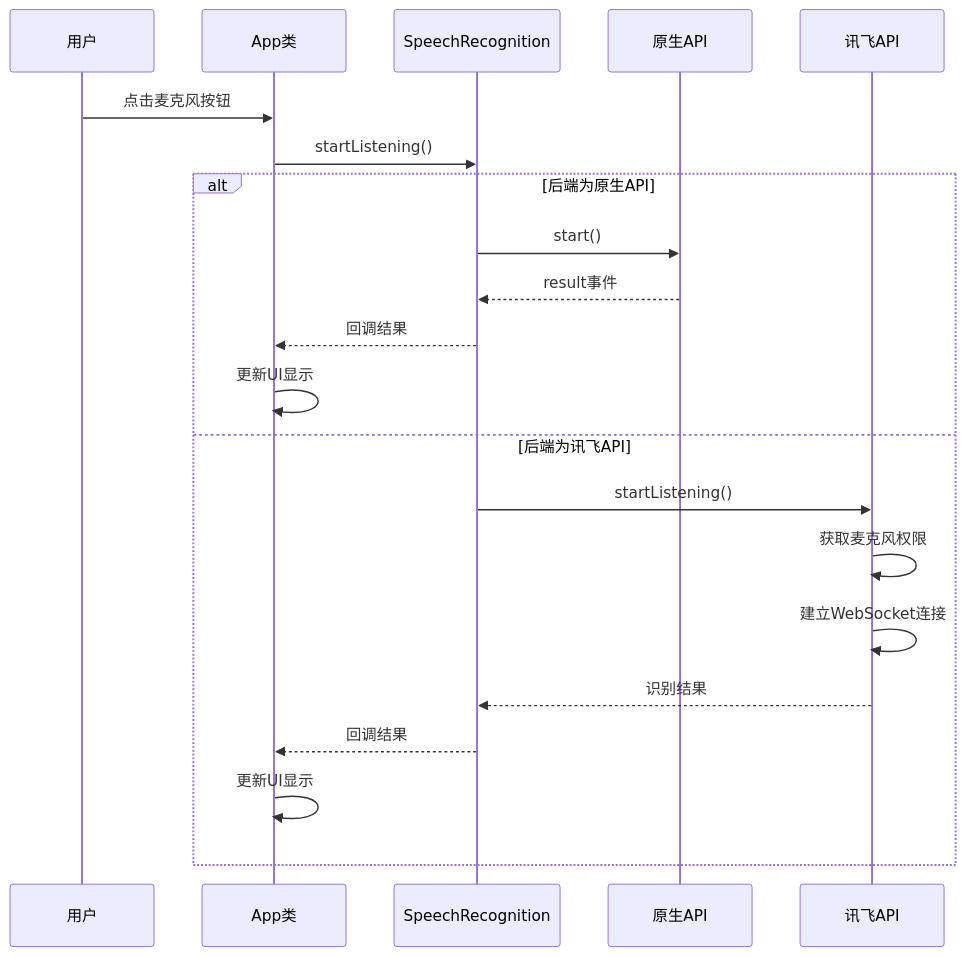
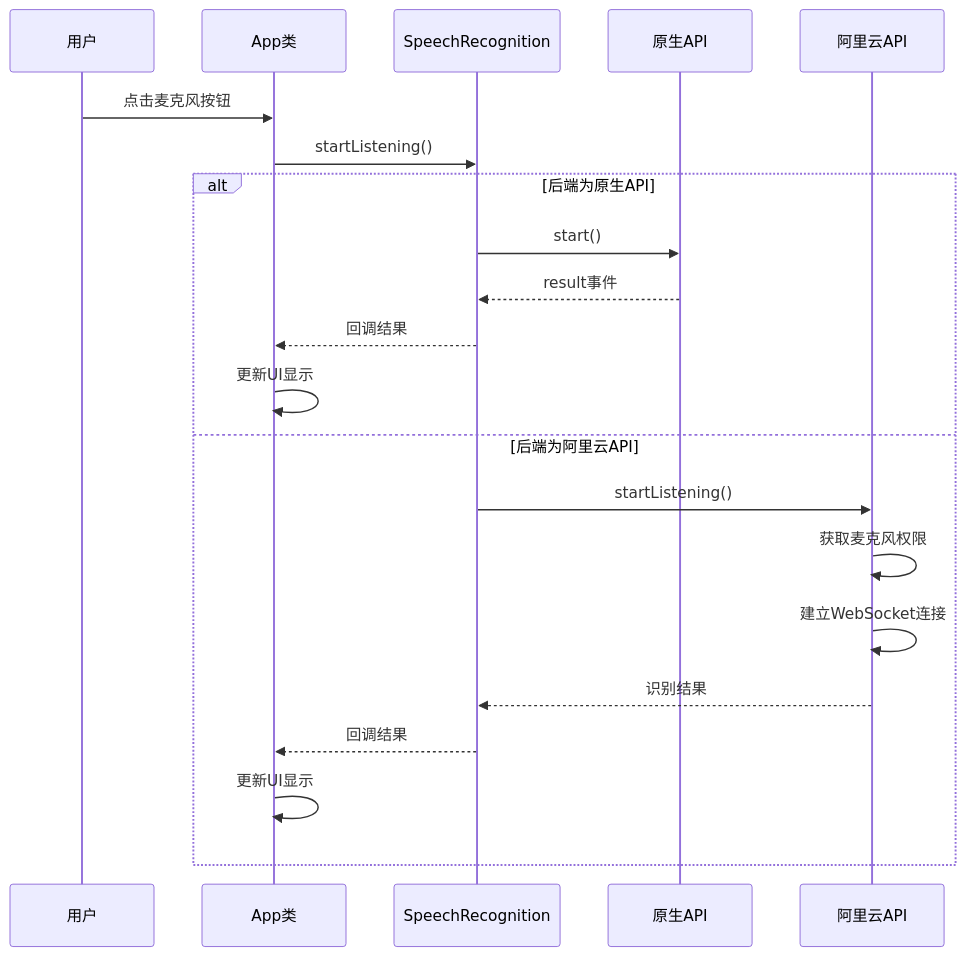
One commit to db300/MySpeechRecognition changed the second of 8 diagrams in .qoder/repowiki/zh/content/故障排除指南/错误处理和调试.md. Above: the diagram before and after it, drawn with Mermaid. The commit also changed other lines of this file and 10 other files, not shown here.

````diff
--- a/.qoder/repowiki/zh/content/故障排除指南/错误处理和调试.md
+++ b/.qoder/repowiki/zh/content/故障排除指南/错误处理和调试.md
@@ -99,23 +91,23 @@
 ```mermaid
 sequenceDiagram
 participant User as 用户
 participant App as App类
 participant Speech as SpeechRecognition
 participant Native as 原生API
-participant Xfyun as 讯飞API
+participant Aliyun as 阿里云API
 User->>App : 点击麦克风按钮
 App->>Speech : startListening()
 alt 后端为原生API
 Speech->>Native : start()
 Native-->>Speech : result事件
 Speech-->>App : 回调结果
 App->>App : 更新UI显示
-else 后端为讯飞API
-Speech->>Xfyun : startListening()
-Xfyun->>Xfyun : 获取麦克风权限
-Xfyun->>Xfyun : 建立WebSocket连接
-Xfyun-->>Speech : 识别结果
+else 后端为阿里云API
+Speech->>Aliyun : startListening()
+Aliyun->>Aliyun : 获取麦克风权限
+Aliyun->>Aliyun : 建立WebSocket连接
+Aliyun-->>Speech : 识别结果
 Speech-->>App : 回调结果
 App->>App : 更新UI显示
 end
 ```
````
